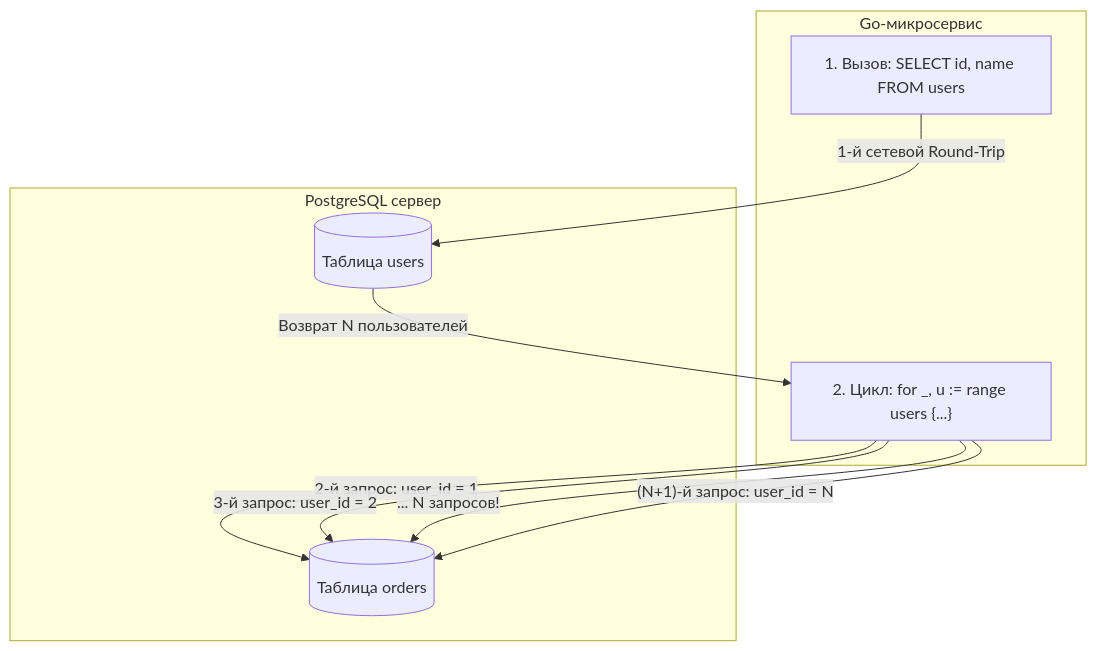
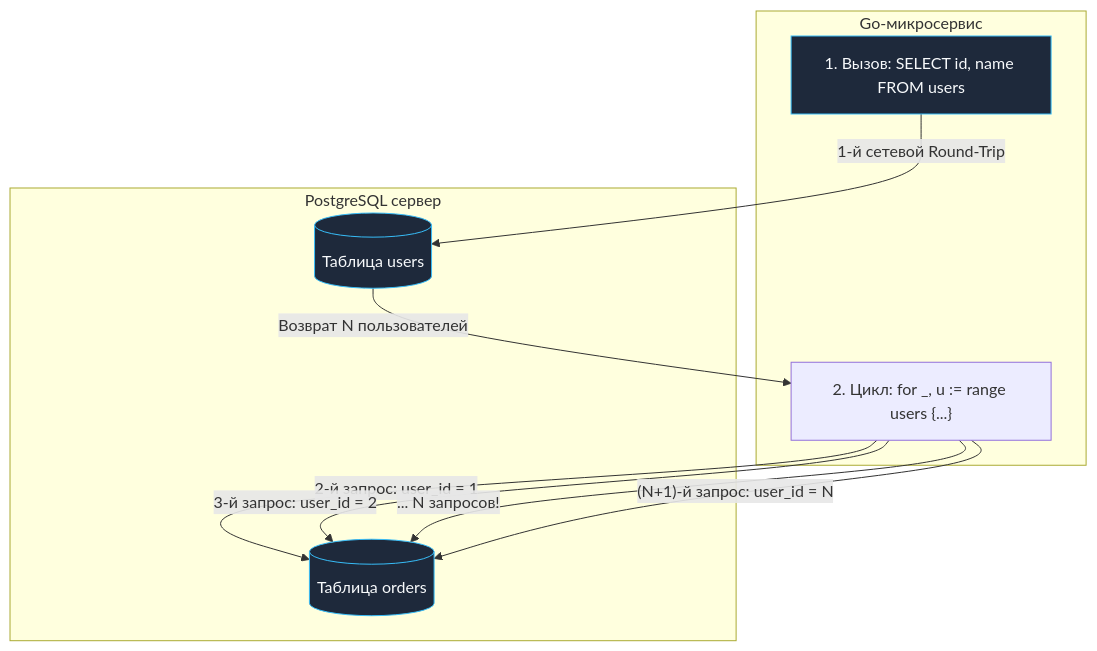
The diagram in sources/12. Базы данных/04. Индексы и производительность/13. N+1 проблема.md (UnrealTemplier/go-textbook), drawn with Mermaid before and after one commit. The commit also changed 1666 other files, not shown here.

First line of the commit message:
feat(mermaid): add semantic color classDef to 1369 colorless flowchart/graph diagrams

````diff
--- a/sources/12. Базы данных/04. Индексы и производительность/13. N+1 проблема.md
+++ b/sources/12. Базы данных/04. Индексы и производительность/13. N+1 проблема.md
@@ -75,20 +75,30 @@
 ```mermaid
 flowchart TD
+    classDef process  fill:#1e293b,stroke:#38bdf8,stroke-width:1px,color:#f8fafc
+    classDef success  fill:#064e3b,stroke:#34d399,stroke-width:1px,color:#f8fafc
+    classDef error    fill:#7f1d1d,stroke:#f87171,stroke-width:1px,color:#f8fafc
+    classDef warning  fill:#78350f,stroke:#fbbf24,stroke-width:1px,color:#f8fafc
+    classDef entry    fill:#1e3a5f,stroke:#38bdf8,stroke-width:2px,color:#f8fafc
+    classDef aux      fill:#334155,stroke:#64748b,stroke-width:1px,color:#f8fafc
+    classDef system   fill:#312e81,stroke:#a78bfa,stroke-width:1px,color:#f8fafc
+    classDef data     fill:#132d29,stroke:#2dd4bf,stroke-width:1px,color:#f8fafc
+    classDef network  fill:#881337,stroke:#fb7185,stroke-width:1px,color:#f8fafc
+    classDef accent   fill:#1e1b4b,stroke:#818cf8,stroke-width:1px,color:#f8fafc
     subgraph Client["Go-микросервис"]
-        Q1["1. Вызов: SELECT id, name FROM users"]
+        Q1["1. Вызов: SELECT id, name FROM users"]:::process
         Loop["2. Цикл: for _, u := range users {...}"]
     end
 
     subgraph Postgres["PostgreSQL сервер"]
-        TableUsers[("Таблица users")]
-        TableOrders[("Таблица orders")]
+        TableUsers[("Таблица users")]:::process
+        TableOrders[("Таблица orders")]:::process
     end
 
     Q1 -->|"1-й сетевой Round-Trip"| TableUsers
     TableUsers -->|"Возврат N пользователей"| Loop
 
     Loop -->|"2-й запрос: user_id = 1"| TableOrders
     Loop -->|"3-й запрос: user_id = 2"| TableOrders
     Loop -->|"... N запросов!"| TableOrders
     Loop -->|"(N+1)-й запрос: user_id = N"| TableOrders
 ```
````
